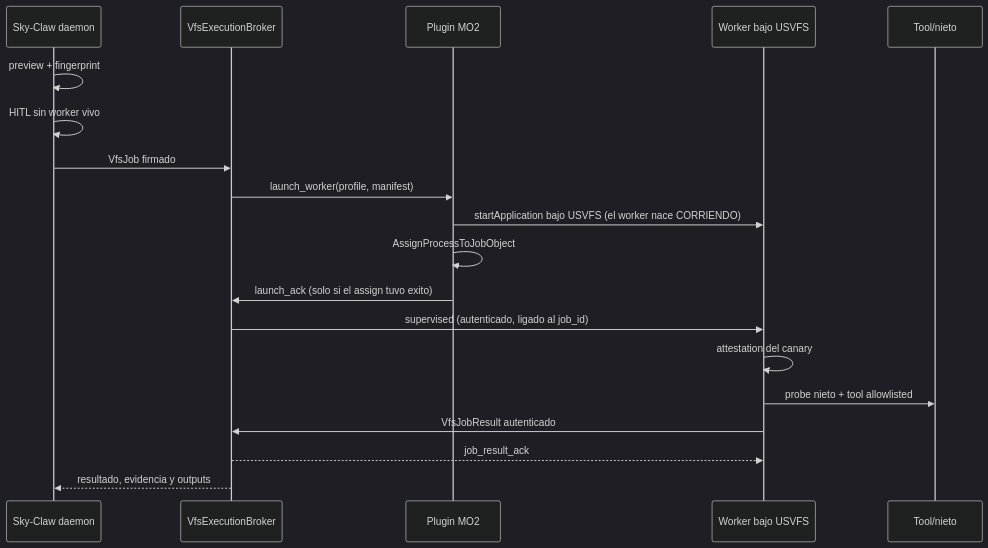
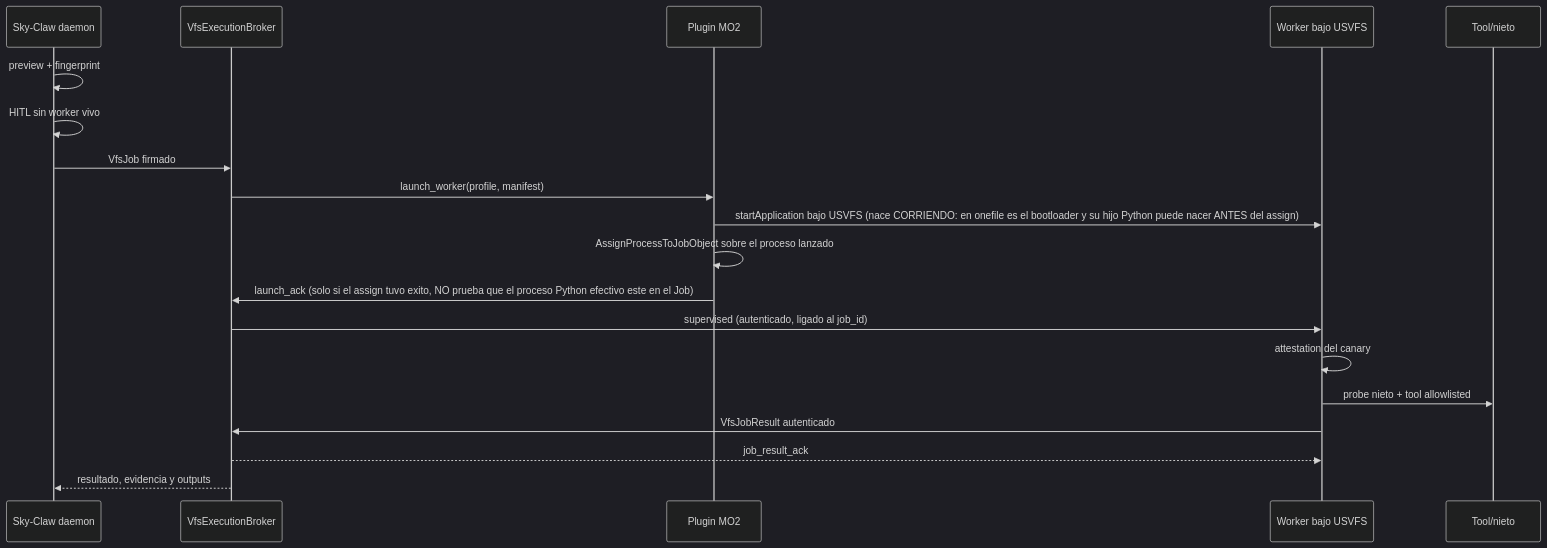
One commit to FacundoSu1986/Sky-Claw changed the diagram in docs/adr/0007-mo2-broker-usvfs.md. Above: the diagram before and after it, drawn with Mermaid (dark theme). The commit also changed other lines of this file and 11 other files, not shown here.

````diff
--- a/docs/adr/0007-mo2-broker-usvfs.md
+++ b/docs/adr/0007-mo2-broker-usvfs.md
@@ -29,22 +29,22 @@
 ```mermaid
 sequenceDiagram
     participant D as Sky-Claw daemon
     participant B as VfsExecutionBroker
     participant P as Plugin MO2
     participant W as Worker bajo USVFS
     participant T as Tool/nieto
 
     D->>D: preview + fingerprint
     D->>D: HITL sin worker vivo
     D->>B: VfsJob firmado
     B->>P: launch_worker(profile, manifest)
-    P->>W: startApplication bajo USVFS (el worker nace CORRIENDO)
-    P->>P: AssignProcessToJobObject
-    P->>B: launch_ack (solo si el assign tuvo exito)
+    P->>W: startApplication bajo USVFS (nace CORRIENDO: en onefile es el bootloader y su hijo Python puede nacer ANTES del assign)
+    P->>P: AssignProcessToJobObject sobre el proceso lanzado
+    P->>B: launch_ack (solo si el assign tuvo exito, NO prueba que el proceso Python efectivo este en el Job)
     B->>W: supervised (autenticado, ligado al job_id)
     W->>W: attestation del canary
     W->>T: probe nieto + tool allowlisted
     W->>B: VfsJobResult autenticado
     B-->>W: job_result_ack
     B-->>D: resultado, evidencia y outputs
 ```
````
